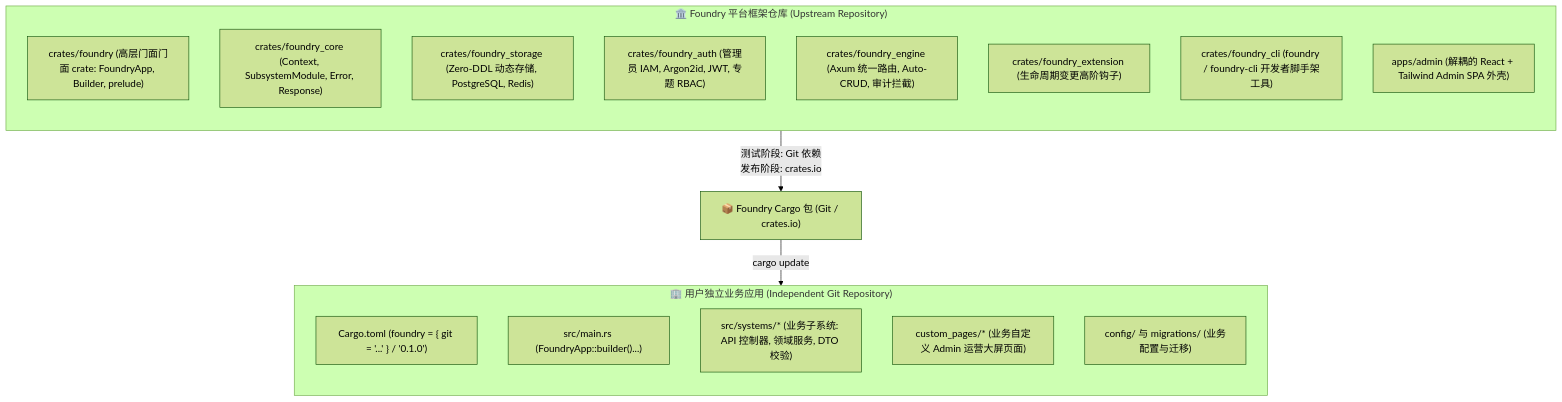
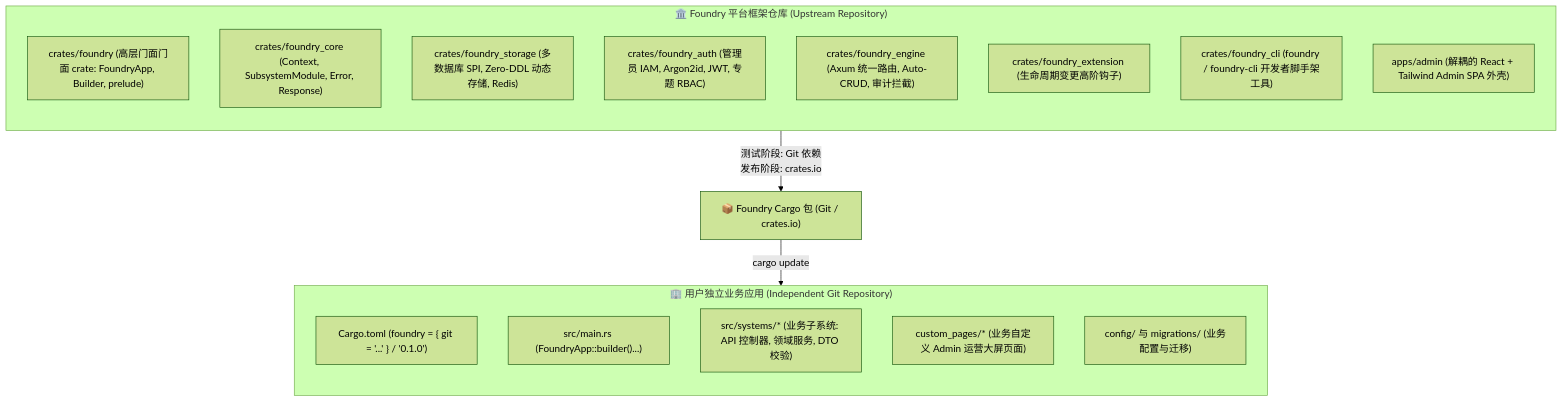
One commit to FoundKit/foundry changed the first of 2 diagrams in docs/src/content/docs/zh/architecture/blueprint.md. Above: the diagram before and after it, drawn with Mermaid (forest theme). The commit also changed other lines of this file and 17 other files, not shown here.

````diff
--- a/docs/src/content/docs/zh/architecture/blueprint.md
+++ b/docs/src/content/docs/zh/architecture/blueprint.md
@@ -20,27 +20,27 @@
 ```mermaid
 flowchart TD
     subgraph FrameworkRepo["🏛️ Foundry 平台框架仓库 (Upstream Repository)"]
         direction TB
         F_Facade["crates/foundry (高层门面门面 crate: FoundryApp, Builder, prelude)"]
         F_Core["crates/foundry_core (Context, SubsystemModule, Error, Response)"]
-        F_Storage["crates/foundry_storage (Zero-DDL 动态存储, PostgreSQL, Redis)"]
+        F_Storage["crates/foundry_storage (多数据库 SPI, Zero-DDL 动态存储, Redis)"]
         F_Auth["crates/foundry_auth (管理员 IAM, Argon2id, JWT, 专题 RBAC)"]
         F_Engine["crates/foundry_engine (Axum 统一路由, Auto-CRUD, 审计拦截)"]
         F_Ext["crates/foundry_extension (生命周期变更高阶钩子)"]
         F_CLI["crates/foundry_cli (foundry / foundry-cli 开发者脚手架工具)"]
         F_Admin["apps/admin (解耦的 React + Tailwind Admin SPA 外壳)"]
     end
 
     FrameworkRepo -->|"测试阶段: Git 依赖<br/>发布阶段: crates.io"| CratesIO["📦 Foundry Cargo 包 (Git / crates.io)"]
 
     subgraph UserApp["🏢 用户独立业务应用 (Independent Git Repository)"]
         direction TB
         App_Cargo["Cargo.toml (foundry = { git = '...' } / '0.1.0')"]
         App_Main["src/main.rs (FoundryApp::builder()...)"]
         App_Systems["src/systems/* (业务子系统: API 控制器, 领域服务, DTO 校验)"]
         App_Admin["custom_pages/* (业务自定义 Admin 运营大屏页面)"]
         App_Config["config/ 与 migrations/ (业务配置与迁移)"]
     end
 
     CratesIO -->|"cargo update"| UserApp
 ```
````
